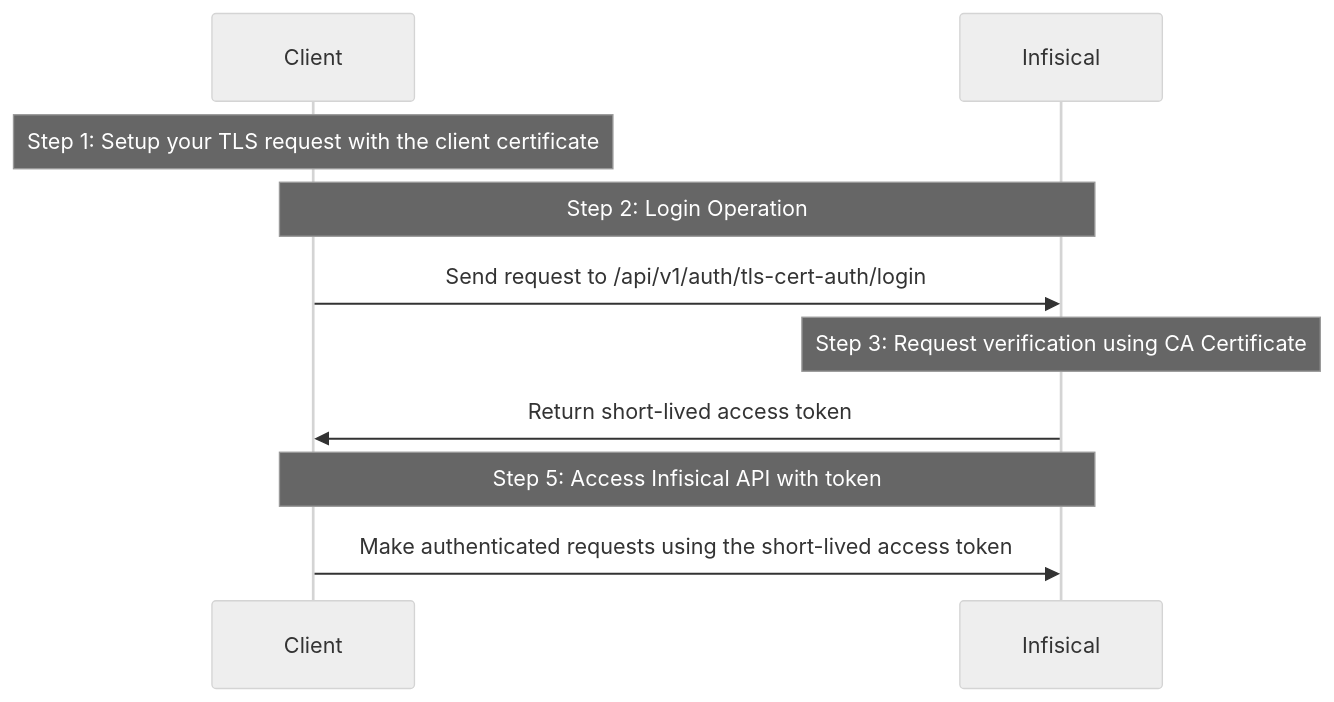
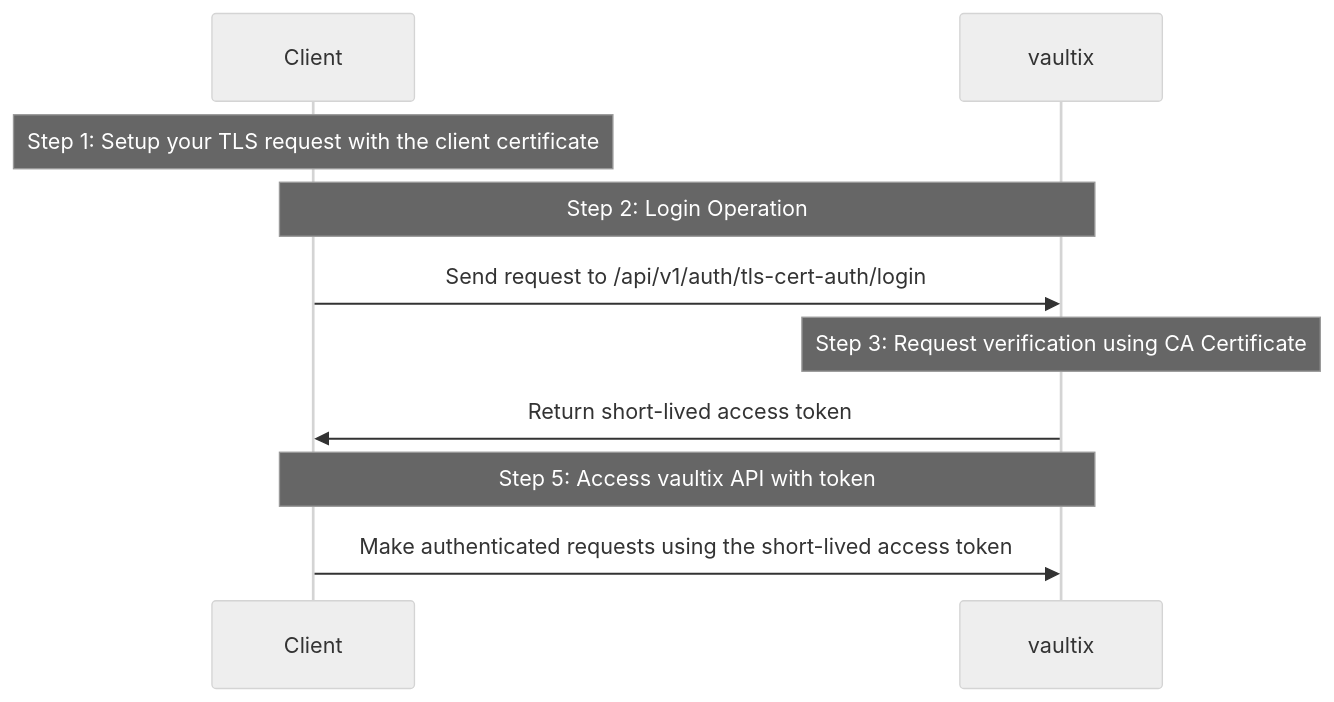
One commit to shippinAI/vaultix changed the diagram in core/docs/documentation/platform/identities/tls-cert-auth.mdx. Above: the diagram before and after it, drawn with Mermaid (neutral theme). The commit also changed other lines of this file and 1202 other files, not shown here.

````diff
--- a/core/docs/documentation/platform/identities/tls-cert-auth.mdx
+++ b/core/docs/documentation/platform/identities/tls-cert-auth.mdx
@@ -12,17 +12,17 @@
 ```mermaid
 sequenceDiagram
   participant Client
-  participant Infisical
+  participant vaultix
 
   Note over Client,Client: Step 1: Setup your TLS request with the client certificate
 
-  Note over Client,Infisical: Step 2: Login Operation
-  Client->>Infisical: Send request to /api/v1/auth/tls-cert-auth/login
+  Note over Client,vaultix: Step 2: Login Operation
+  Client->>vaultix: Send request to /api/v1/auth/tls-cert-auth/login
 
-  Note over Infisical: Step 3: Request verification using CA Certificate
+  Note over vaultix: Step 3: Request verification using CA Certificate
 
-  Infisical->>Client: Return short-lived access token
+  vaultix->>Client: Return short-lived access token
 
-  Note over Client,Infisical: Step 5: Access Infisical API with token
-  Client->>Infisical: Make authenticated requests using the short-lived access token
+  Note over Client,vaultix: Step 5: Access vaultix API with token
+  Client->>vaultix: Make authenticated requests using the short-lived access token
 ```
````
